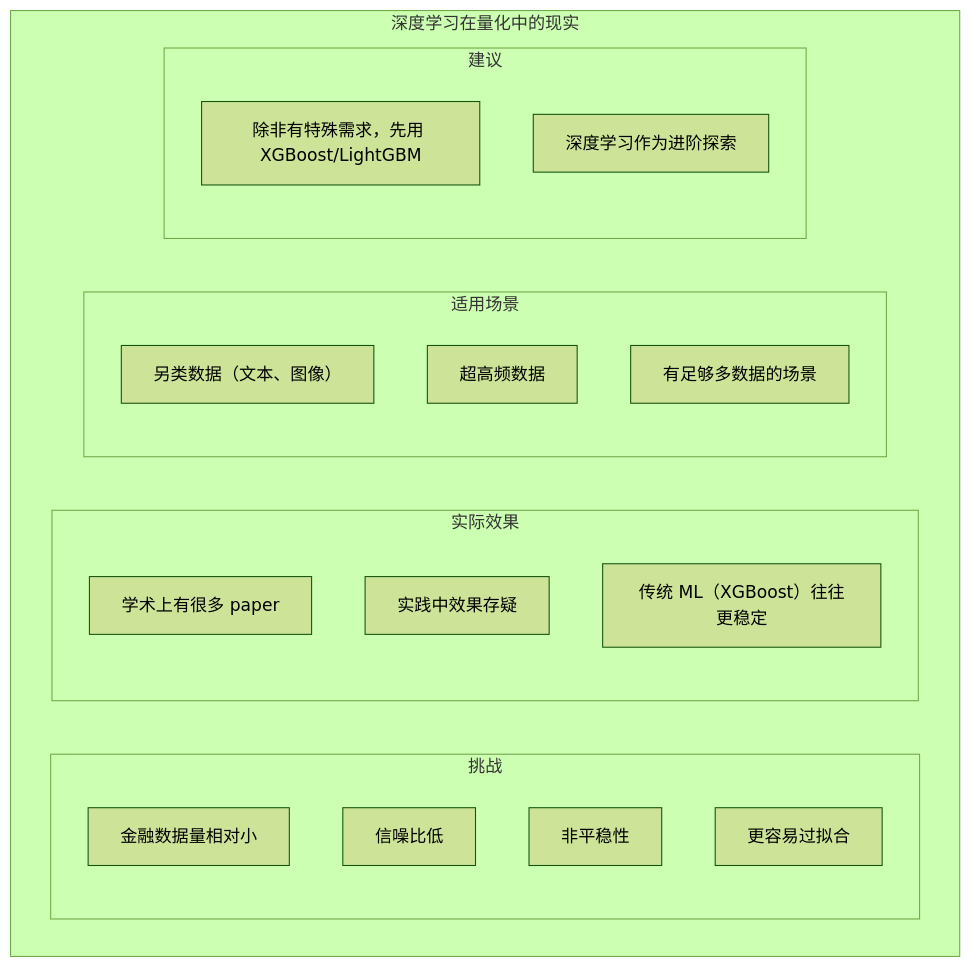
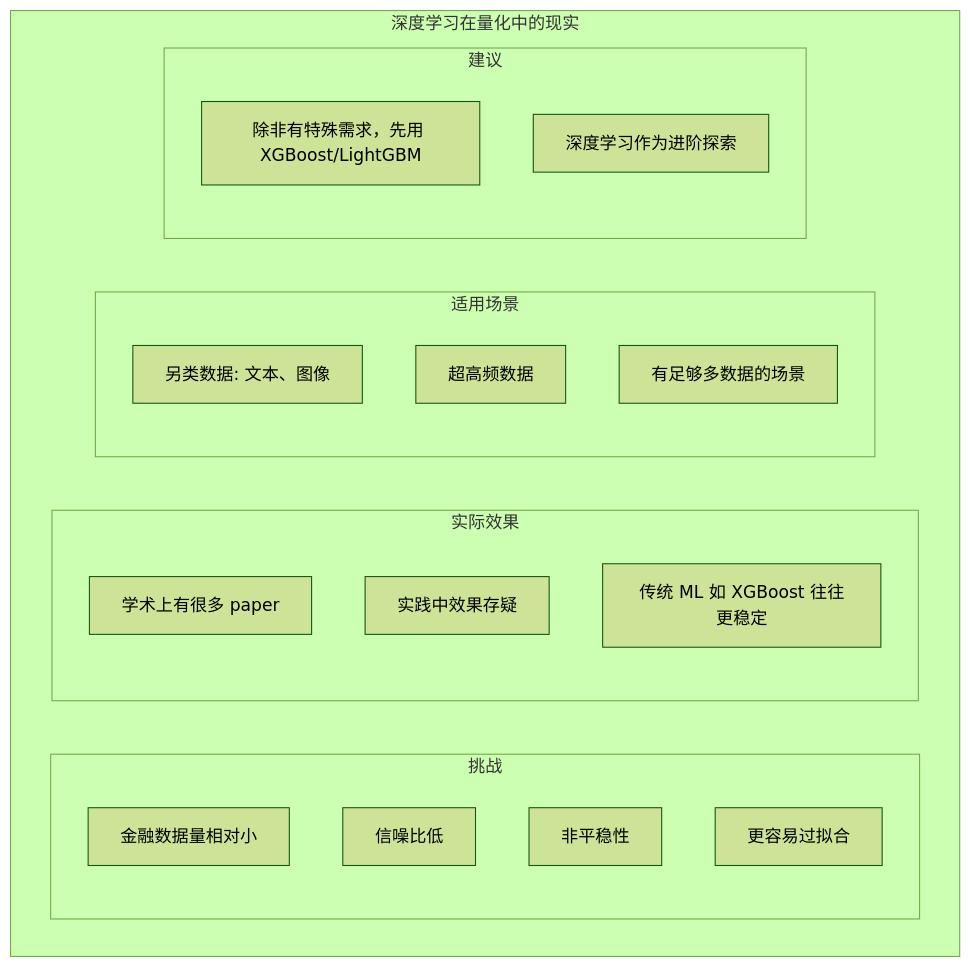
One commit to jpixy/jpixy.github.io changed the ninth of 11 diagrams in content/articles/quant/quant-07-机器学习量化实战.md. Above: the diagram before and after it, drawn with Mermaid (forest theme). The commit also changed other lines of this file and 66 other files, not shown here.

Commit message:
fix: resolve Mermaid syntax errors by removing parentheses in node labels

````diff
--- a/content/articles/quant/quant-07-机器学习量化实战.md
+++ b/content/articles/quant/quant-07-机器学习量化实战.md
@@ -541,25 +541,25 @@
 ```mermaid
 graph TB
     subgraph 深度学习现实["深度学习在量化中的现实"]
         subgraph 挑战
             T1["金融数据量相对小"]
             T2["信噪比低"]
             T3["非平稳性"]
             T4["更容易过拟合"]
         end
         subgraph 实际效果
             X1["学术上有很多 paper"]
             X2["实践中效果存疑"]
-            X3["传统 ML（XGBoost）往往更稳定"]
+            X3["传统 ML 如 XGBoost 往往更稳定"]
         end
         subgraph 适用场景
-            S1["另类数据（文本、图像）"]
+            S1["另类数据: 文本、图像"]
             S2["超高频数据"]
             S3["有足够多数据的场景"]
         end
         subgraph 建议
             J1["除非有特殊需求，先用 XGBoost/LightGBM"]
             J2["深度学习作为进阶探索"]
         end
     end
 ```
````
